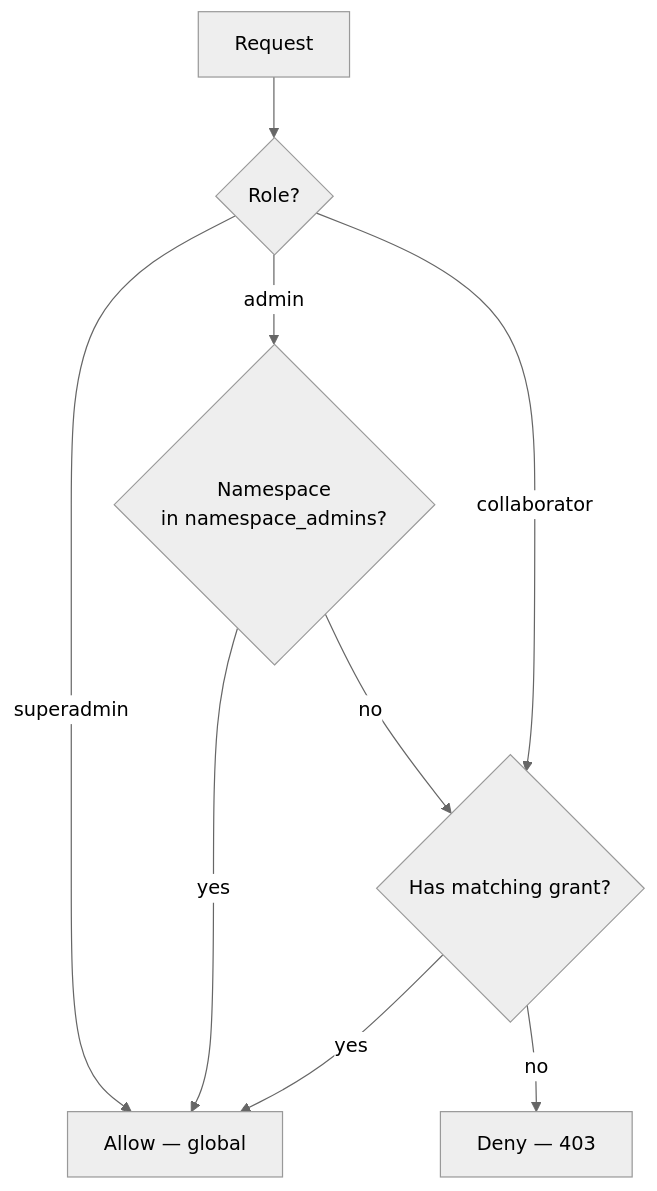
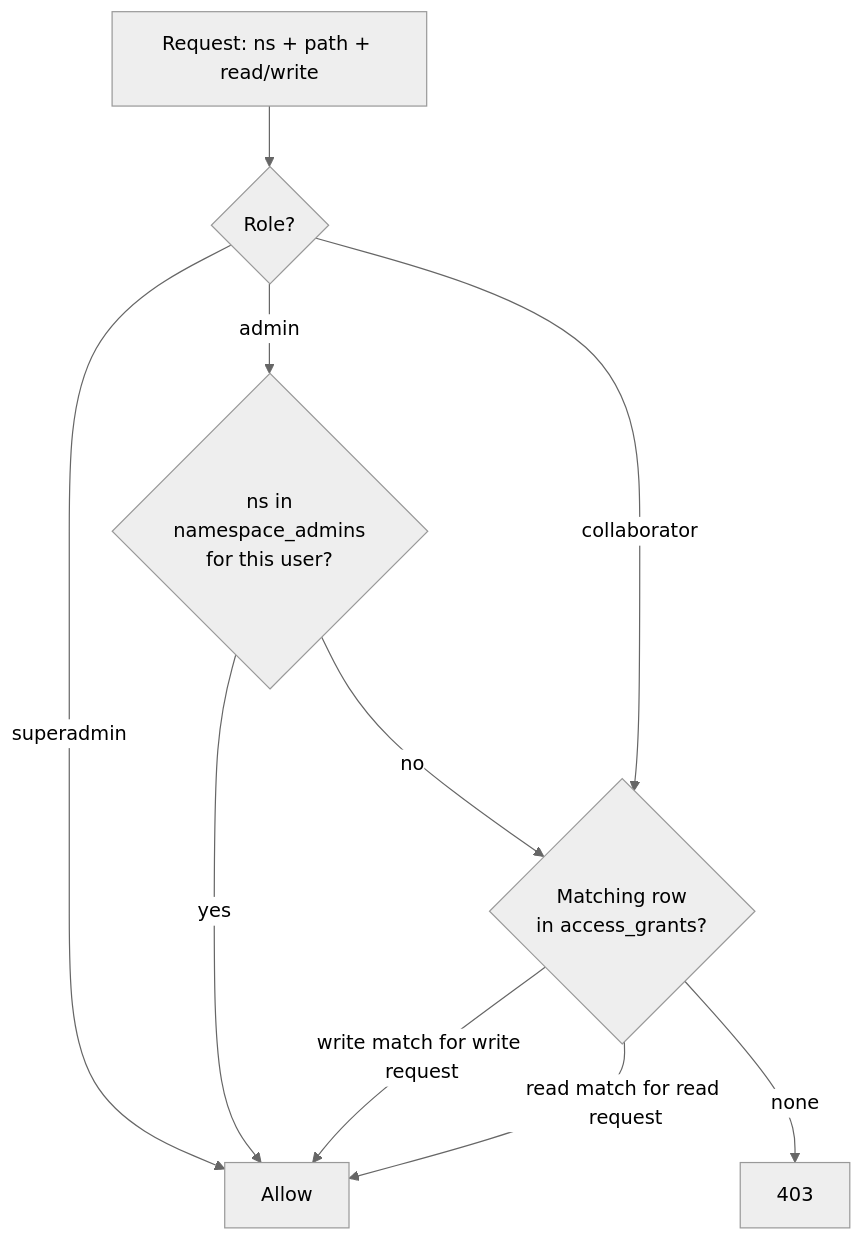
One commit to mahsanamin/mdnest changed the second of 2 diagrams in docs/security.md. Above: the diagram before and after it, drawn with Mermaid (neutral theme). The commit also changed other lines of this file and 6 other files, not shown here.

````diff
--- a/docs/security.md
+++ b/docs/security.md
@@ -160,11 +133,12 @@
 ```mermaid
 flowchart TD
-    A[Request] --> B{Role?}
-    B -->|superadmin| C[Allow — global]
-    B -->|admin| D{Namespace<br/>in namespace_admins?}
-    D -->|yes| C
-    D -->|no| E{Has matching grant?}
-    B -->|collaborator| E
-    E -->|yes| C
-    E -->|no| F[Deny — 403]
+    R[Request: ns + path + read/write] --> S{Role?}
+    S -->|superadmin| ALLOW[Allow]
+    S -->|admin| NS{ns in<br/>namespace_admins<br/>for this user?}
+    NS -->|yes| ALLOW
+    NS -->|no| G{Matching row<br/>in access_grants?}
+    S -->|collaborator| G
+    G -->|write match for write request| ALLOW
+    G -->|read match for read request| ALLOW
+    G -->|none| DENY[403]
 ```
````
